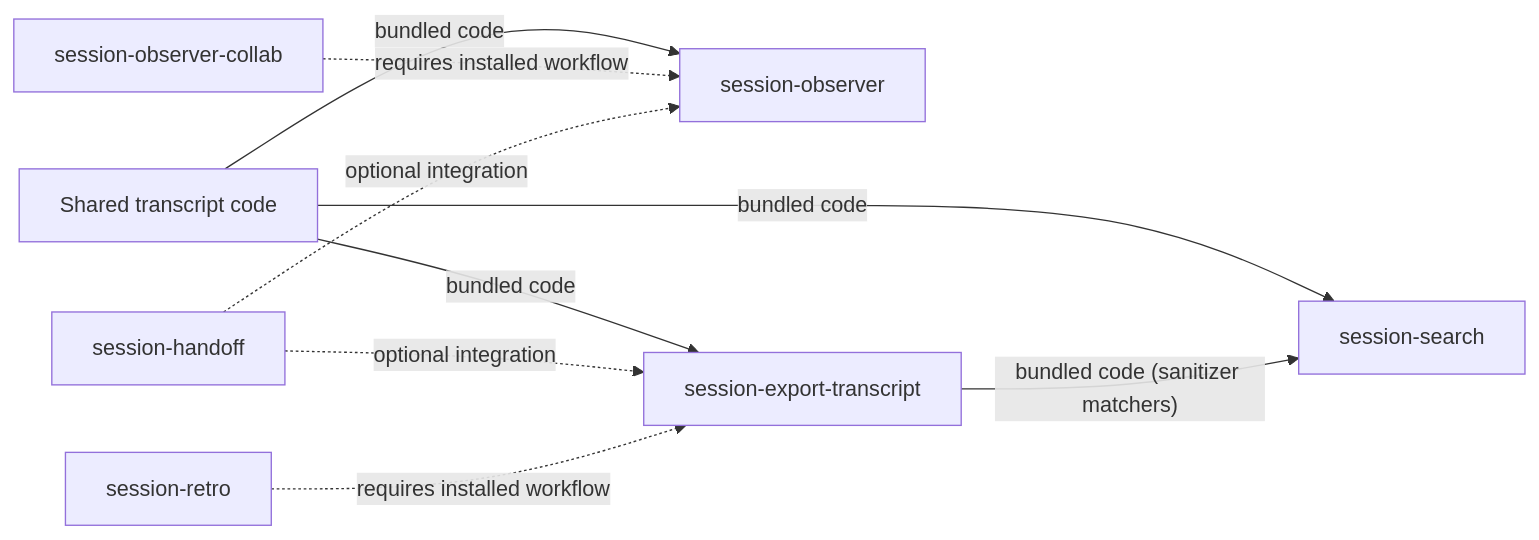
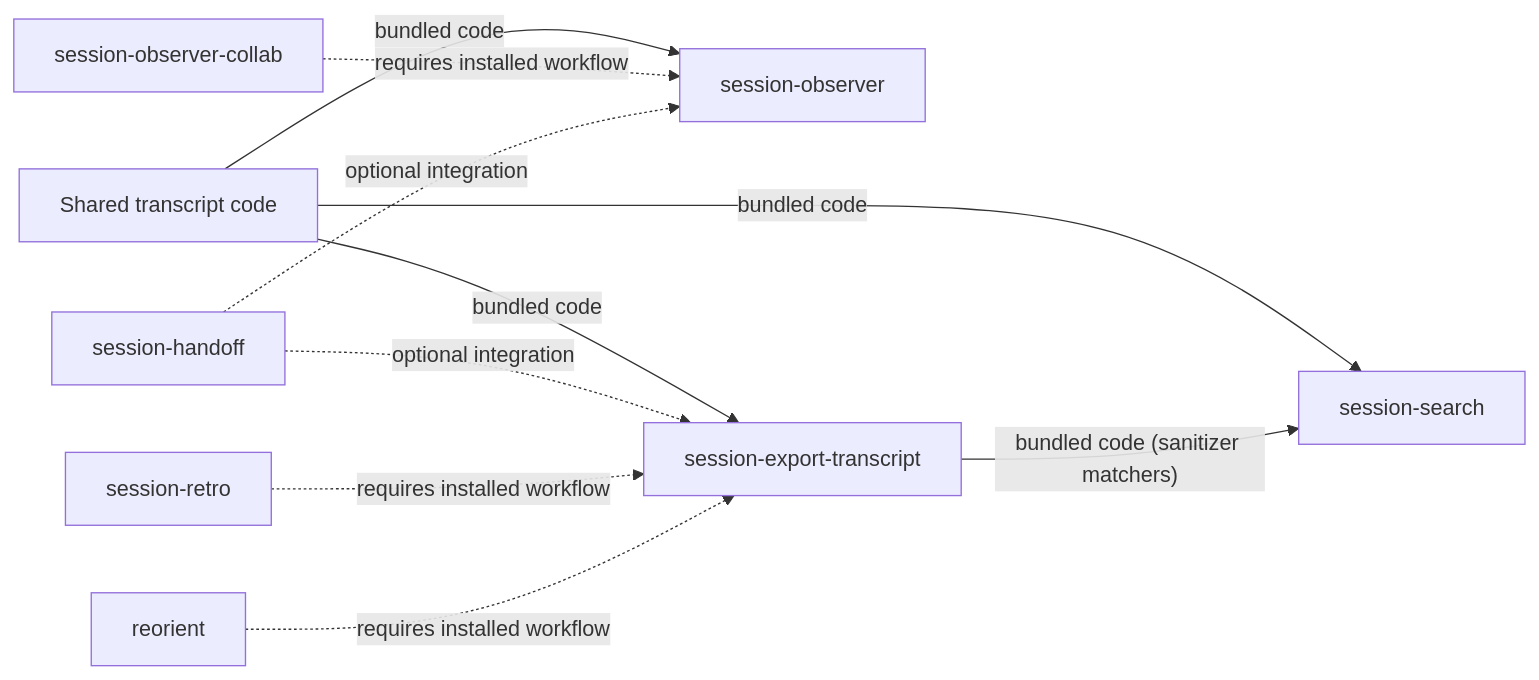
One commit to tkstang/skills changed the second of 3 diagrams in documentation/docs/engineering/architecture/generated-runtime.md. Above: the diagram before and after it, drawn with Mermaid. The commit also changed other lines of this file and 34 other files, not shown here.

````diff
--- a/documentation/docs/engineering/architecture/generated-runtime.md
+++ b/documentation/docs/engineering/architecture/generated-runtime.md
@@ -111,13 +112,14 @@
 ```mermaid
 flowchart LR
   accTitle: Session skill runtime dependencies
-  accDescr: Shared transcript code is bundled into session-observer, session-export-transcript and session-search. session-observer-collab and session-retro require installed workflows, and session-handoff integrates optionally with observer and export.
+  accDescr: Shared transcript code is bundled into session-observer, session-export-transcript and session-search. session-observer-collab, session-retro and reorient require installed workflows, and session-handoff integrates optionally with observer and export.
   TRANSCRIPT["Shared transcript code"] -->|bundled code| OBSERVER["session-observer"]
   TRANSCRIPT -->|bundled code| EXPORT["session-export-transcript"]
   TRANSCRIPT -->|bundled code| SEARCH["session-search"]
   EXPORT -->|"bundled code (sanitizer matchers)"| SEARCH
   COLLAB["session-observer-collab"] -.->|requires installed workflow| OBSERVER
   HANDOFF["session-handoff"] -.->|optional integration| OBSERVER
   HANDOFF -.->|optional integration| EXPORT
   RETRO["session-retro"] -.->|requires installed workflow| EXPORT
+  REORIENT["reorient"] -.->|requires installed workflow| EXPORT
 ```
````
